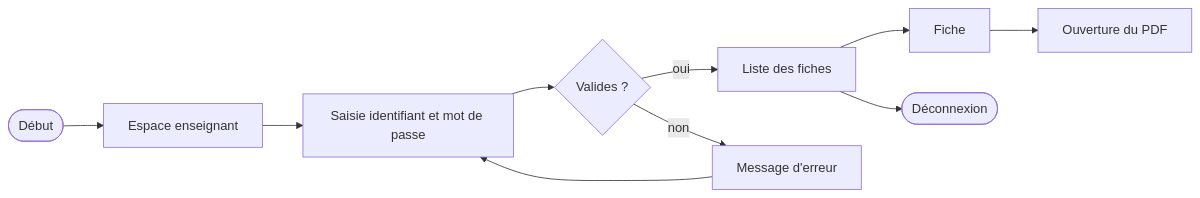
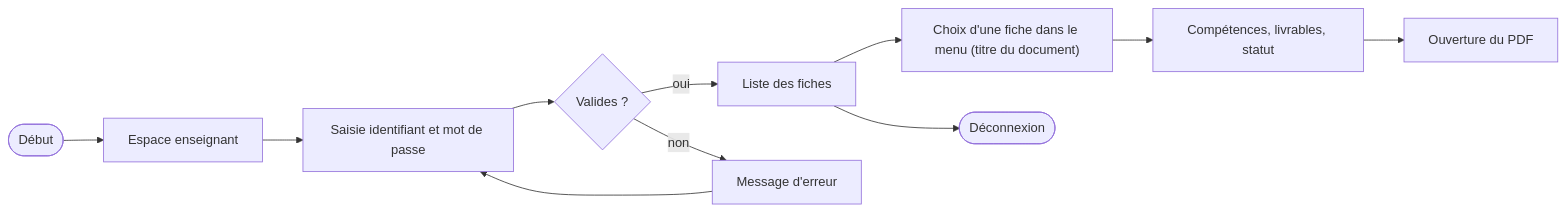
Before and after one commit to Korrighed/portfolio: the third of 6 diagrams in docs/APP-FLOW.md, drawn with Mermaid. The commit also changed other lines of this file and 15 other files, not shown here.

````diff
--- a/docs/APP-FLOW.md
+++ b/docs/APP-FLOW.md
@@ -60,12 +60,13 @@
 ```mermaid
 flowchart LR
   A([Début]) --> B["Espace enseignant"]
   B --> C["Saisie identifiant et mot de passe"]
   C --> D{Valides ?}
   D -- oui --> E["Liste des fiches"]
   D -- non --> F["Message d'erreur"]
   F --> C
-  E --> G["Fiche"]
-  G --> H["Ouverture du PDF"]
+  E --> G["Choix d'une fiche dans le menu (titre du document)"]
+  G --> H["Compétences, livrables, statut"]
+  H --> J["Ouverture du PDF"]
   E --> I([Déconnexion])
 ```
````
